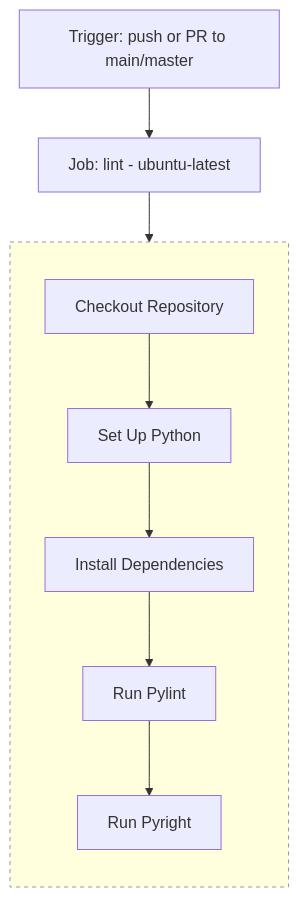
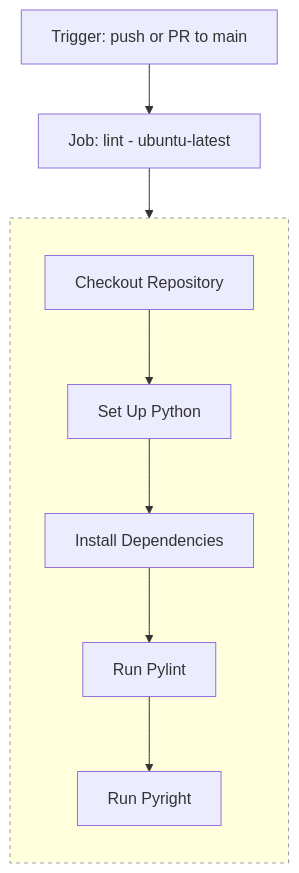
One commit to MichaelHallik/robotframework-xmlvalidator changed the second of 2 diagrams in docs/images/github_actions.md. Above: the diagram before and after it, drawn with Mermaid. The commit also changed other lines of this file and 20 other files, not shown here.

````diff
--- a/docs/images/github_actions.md
+++ b/docs/images/github_actions.md
@@ -30,16 +30,16 @@
 ```mermaid
 flowchart TD
-  A[Trigger: push or PR to main/master] --> B[Job: lint - ubuntu-latest]
+  A[Trigger: push or PR to main] --> B[Job: lint - ubuntu-latest]
   B --> C
 
   subgraph StepGroup [ ]
     direction TB
     C[Checkout Repository]
     C --> D[Set Up Python]
     D --> E[Install Dependencies]
     E --> F[Run Pylint]
     F --> G[Run Pyright]
   end
 
   style StepGroup stroke-dasharray: 4 4,stroke:#999
 ```
````
